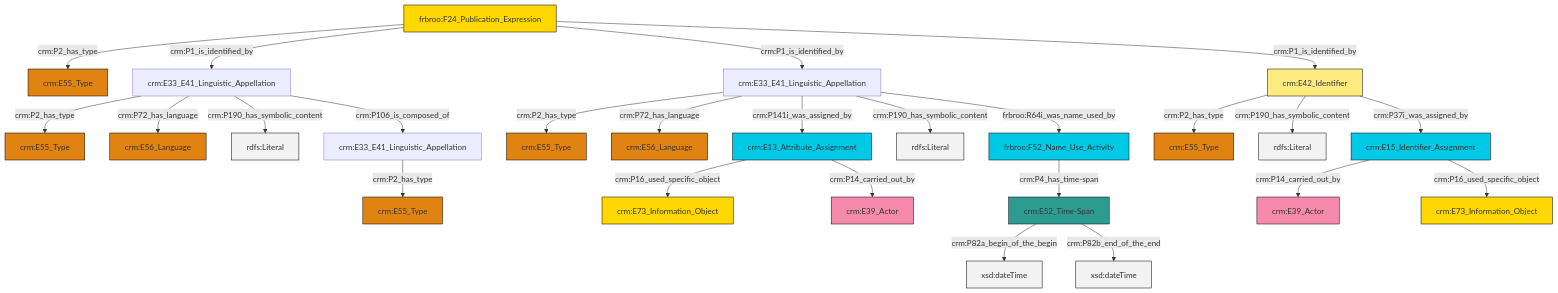
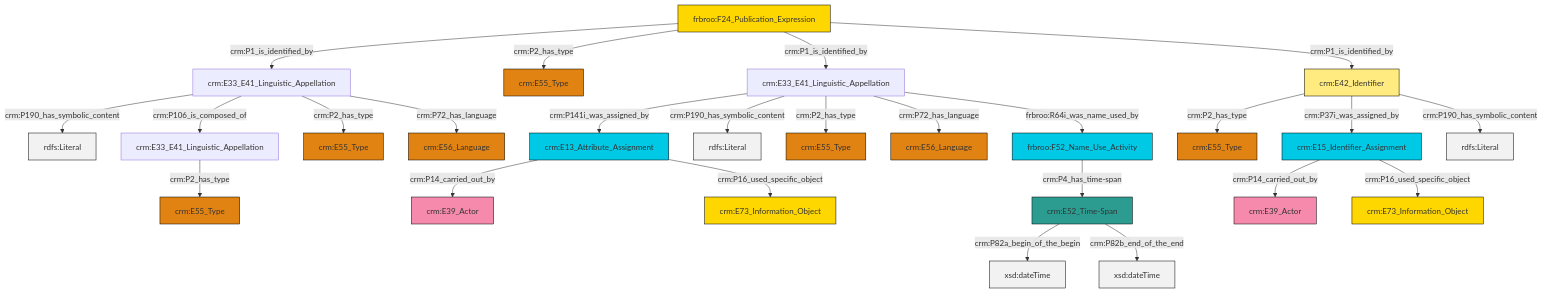
The diagram in et/biblioCSV/ttl/mmd/biblio_name.ttl.mmd (swiss-art-research-net/docs.swissartresearch), drawn with Mermaid before and after one commit. The commit also changed 174 other files, not shown here.

```diff
--- a/et/biblioCSV/ttl/mmd/biblio_name.ttl.mmd
+++ b/et/biblioCSV/ttl/mmd/biblio_name.ttl.mmd
@@ -1,39 +1,39 @@
 graph TD
 classDef Literal fill:#f2f2f2,stroke:#000000;
 classDef CRM_Entity fill:#FFFFFF,stroke:#000000;
 classDef Temporal_Entity fill:#00C9E6, stroke:#000000;
 classDef Type fill:#E18312, stroke:#000000;
 classDef Time-Span fill:#2C9C91, stroke:#000000;
 classDef Appellation fill:#FFEB7F, stroke:#000000;
 classDef Place fill:#008836, stroke:#000000;
 classDef Persistent_Item fill:#B266B2, stroke:#000000;
 classDef Conceptual_Object fill:#FFD700, stroke:#000000;
 classDef Physical_Thing fill:#D2B48C, stroke:#000000;
 classDef Actor fill:#f58aad, stroke:#000000;
 classDef PC_Classes fill:#4ce600, stroke:#000000;
 classDef Multi fill:#cccccc,stroke:#000000;
 
-4["frbroo:F52_Name_Use_Activity"]:::Temporal_Entity -->|crm:P4_has_time-span| 5["crm:E52_Time-Span"]:::Time-Span
-10["frbroo:F24_Publication_Expression"]:::Conceptual_Object -->|crm:P2_has_type| 11["crm:E55_Type"]:::Type
-12["crm:E33_E41_Linguistic_Appellation"]:::Default -->|crm:P2_has_type| 13["crm:E55_Type"]:::Type
-6["crm:E33_E41_Linguistic_Appellation"]:::Default -->|crm:P2_has_type| 17["crm:E55_Type"]:::Type
-6["crm:E33_E41_Linguistic_Appellation"]:::Default -->|crm:P72_has_language| 8["crm:E56_Language"]:::Type
-5["crm:E52_Time-Span"]:::Time-Span -->|crm:P82a_begin_of_the_begin| 20[xsd:dateTime]:::Literal
-5["crm:E52_Time-Span"]:::Time-Span -->|crm:P82b_end_of_the_end| 21[xsd:dateTime]:::Literal
-10["frbroo:F24_Publication_Expression"]:::Conceptual_Object -->|crm:P1_is_identified_by| 12["crm:E33_E41_Linguistic_Appellation"]:::Default
-6["crm:E33_E41_Linguistic_Appellation"]:::Default -->|crm:P141i_was_assigned_by| 27["crm:E13_Attribute_Assignment"]:::Temporal_Entity
-10["frbroo:F24_Publication_Expression"]:::Conceptual_Object -->|crm:P1_is_identified_by| 6["crm:E33_E41_Linguistic_Appellation"]:::Default
-27["crm:E13_Attribute_Assignment"]:::Temporal_Entity -->|crm:P16_used_specific_object| 36["crm:E73_Information_Object"]:::Conceptual_Object
-10["frbroo:F24_Publication_Expression"]:::Conceptual_Object -->|crm:P1_is_identified_by| 25["crm:E42_Identifier"]:::Appellation
-25["crm:E42_Identifier"]:::Appellation -->|crm:P2_has_type| 22["crm:E55_Type"]:::Type
-12["crm:E33_E41_Linguistic_Appellation"]:::Default -->|crm:P72_has_language| 31["crm:E56_Language"]:::Type
-12["crm:E33_E41_Linguistic_Appellation"]:::Default -->|crm:P190_has_symbolic_content| 38[rdfs:Literal]:::Literal
-39["crm:E33_E41_Linguistic_Appellation"]:::Default -->|crm:P2_has_type| 15["crm:E55_Type"]:::Type
-2["crm:E15_Identifier_Assignment"]:::Temporal_Entity -->|crm:P14_carried_out_by| 0["crm:E39_Actor"]:::Actor
-6["crm:E33_E41_Linguistic_Appellation"]:::Default -->|crm:P190_has_symbolic_content| 42[rdfs:Literal]:::Literal
-25["crm:E42_Identifier"]:::Appellation -->|crm:P190_has_symbolic_content| 44[rdfs:Literal]:::Literal
-2["crm:E15_Identifier_Assignment"]:::Temporal_Entity -->|crm:P16_used_specific_object| 18["crm:E73_Information_Object"]:::Conceptual_Object
-12["crm:E33_E41_Linguistic_Appellation"]:::Default -->|crm:P106_is_composed_of| 39["crm:E33_E41_Linguistic_Appellation"]:::Default
-25["crm:E42_Identifier"]:::Appellation -->|crm:P37i_was_assigned_by| 2["crm:E15_Identifier_Assignment"]:::Temporal_Entity
-27["crm:E13_Attribute_Assignment"]:::Temporal_Entity -->|crm:P14_carried_out_by| 33["crm:E39_Actor"]:::Actor
-6["crm:E33_E41_Linguistic_Appellation"]:::Default -->|frbroo:R64i_was_name_used_by| 4["frbroo:F52_Name_Use_Activity"]:::Temporal_Entity
+0["crm:E42_Identifier"]:::Appellation -->|crm:P2_has_type| 1["crm:E55_Type"]:::Type
+2["crm:E33_E41_Linguistic_Appellation"]:::Default -->|crm:P190_has_symbolic_content| 3[rdfs:Literal]:::Literal
+4["crm:E15_Identifier_Assignment"]:::Temporal_Entity -->|crm:P14_carried_out_by| 5["crm:E39_Actor"]:::Actor
+0["crm:E42_Identifier"]:::Appellation -->|crm:P37i_was_assigned_by| 4["crm:E15_Identifier_Assignment"]:::Temporal_Entity
+8["frbroo:F24_Publication_Expression"]:::Conceptual_Object -->|crm:P1_is_identified_by| 2["crm:E33_E41_Linguistic_Appellation"]:::Default
+9["crm:E13_Attribute_Assignment"]:::Temporal_Entity -->|crm:P14_carried_out_by| 10["crm:E39_Actor"]:::Actor
+8["frbroo:F24_Publication_Expression"]:::Conceptual_Object -->|crm:P2_has_type| 13["crm:E55_Type"]:::Type
+17["crm:E33_E41_Linguistic_Appellation"]:::Default -->|crm:P141i_was_assigned_by| 9["crm:E13_Attribute_Assignment"]:::Temporal_Entity
+21["crm:E33_E41_Linguistic_Appellation"]:::Default -->|crm:P2_has_type| 22["crm:E55_Type"]:::Type
+8["frbroo:F24_Publication_Expression"]:::Conceptual_Object -->|crm:P1_is_identified_by| 17["crm:E33_E41_Linguistic_Appellation"]:::Default
+17["crm:E33_E41_Linguistic_Appellation"]:::Default -->|crm:P190_has_symbolic_content| 30[rdfs:Literal]:::Literal
+4["crm:E15_Identifier_Assignment"]:::Temporal_Entity -->|crm:P16_used_specific_object| 6["crm:E73_Information_Object"]:::Conceptual_Object
+0["crm:E42_Identifier"]:::Appellation -->|crm:P190_has_symbolic_content| 38[rdfs:Literal]:::Literal
+15["frbroo:F52_Name_Use_Activity"]:::Temporal_Entity -->|crm:P4_has_time-span| 31["crm:E52_Time-Span"]:::Time-Span
+2["crm:E33_E41_Linguistic_Appellation"]:::Default -->|crm:P106_is_composed_of| 21["crm:E33_E41_Linguistic_Appellation"]:::Default
+17["crm:E33_E41_Linguistic_Appellation"]:::Default -->|crm:P2_has_type| 36["crm:E55_Type"]:::Type
+17["crm:E33_E41_Linguistic_Appellation"]:::Default -->|crm:P72_has_language| 39["crm:E56_Language"]:::Type
+2["crm:E33_E41_Linguistic_Appellation"]:::Default -->|crm:P2_has_type| 11["crm:E55_Type"]:::Type
+31["crm:E52_Time-Span"]:::Time-Span -->|crm:P82a_begin_of_the_begin| 44[xsd:dateTime]:::Literal
+31["crm:E52_Time-Span"]:::Time-Span -->|crm:P82b_end_of_the_end| 45[xsd:dateTime]:::Literal
+17["crm:E33_E41_Linguistic_Appellation"]:::Default -->|frbroo:R64i_was_name_used_by| 15["frbroo:F52_Name_Use_Activity"]:::Temporal_Entity
+9["crm:E13_Attribute_Assignment"]:::Temporal_Entity -->|crm:P16_used_specific_object| 27["crm:E73_Information_Object"]:::Conceptual_Object
+8["frbroo:F24_Publication_Expression"]:::Conceptual_Object -->|crm:P1_is_identified_by| 0["crm:E42_Identifier"]:::Appellation
+2["crm:E33_E41_Linguistic_Appellation"]:::Default -->|crm:P72_has_language| 18["crm:E56_Language"]:::Type
```
